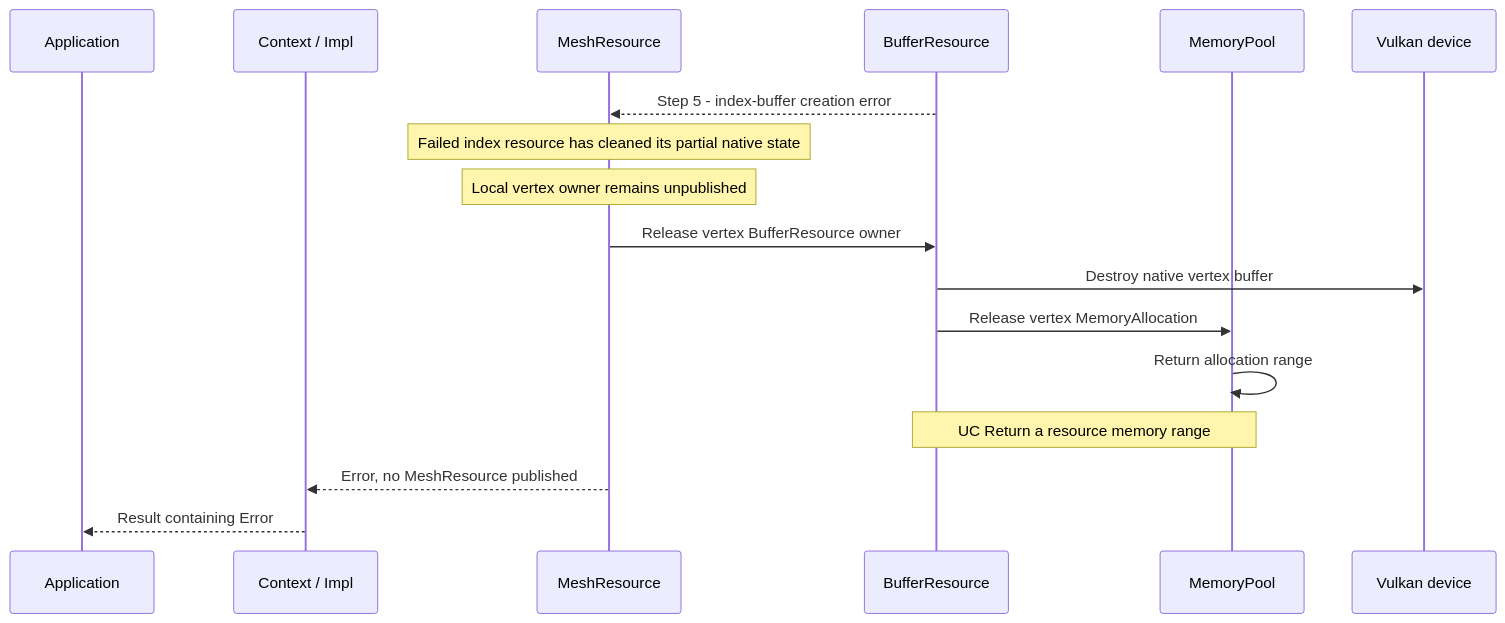
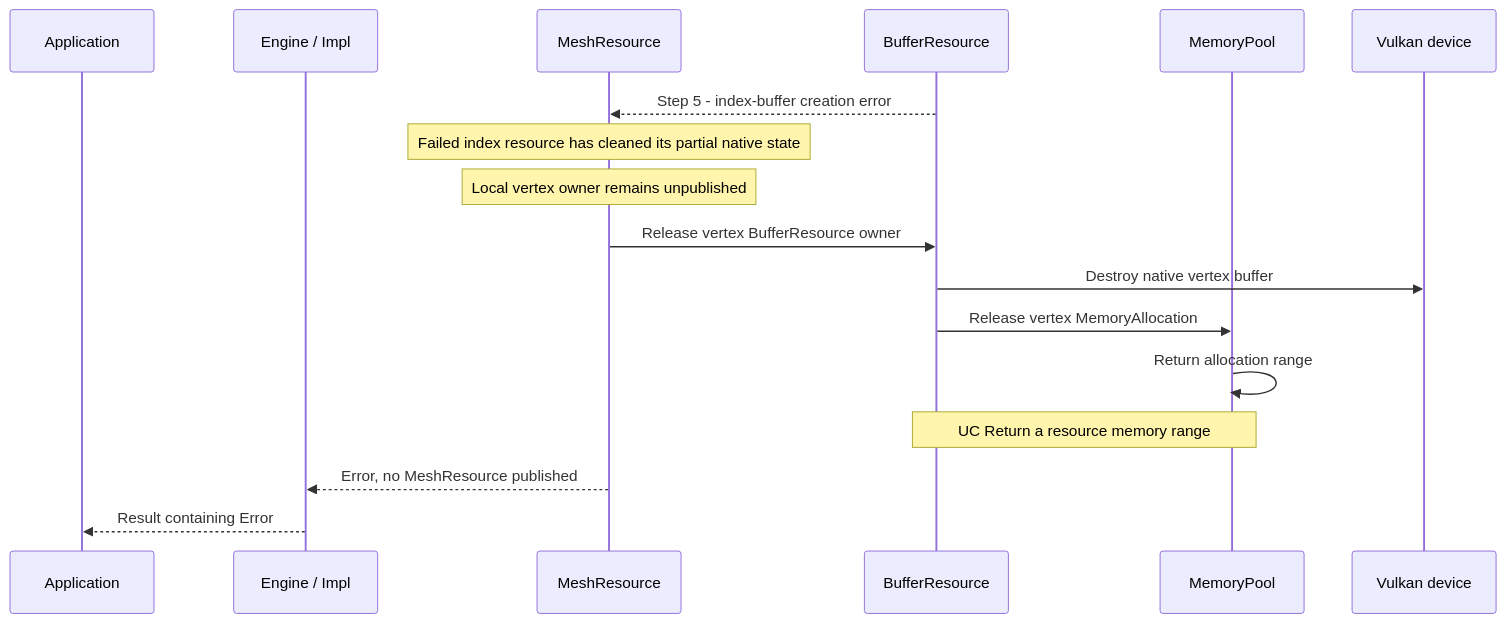
Before and after one commit to a-soltysik/Panda: the second of 2 diagrams in docs/use-cases/create-mesh.md, drawn with Mermaid. The commit also changed other lines of this file and 158 other files, not shown here.

Commit message:
Refactor Vulkan Context API to Engine (#120)

````diff
--- a/docs/use-cases/create-mesh.md
+++ b/docs/use-cases/create-mesh.md
@@ -151,19 +151,19 @@
 ```mermaid
 sequenceDiagram
     participant A as Application
-    participant C as Context / Impl
+    participant C as Engine / Impl
     participant M as MeshResource
     participant B as BufferResource
     participant P as MemoryPool
     participant V as Vulkan device
     B -->> M: Step 5 - index-buffer creation error
     Note over M: Failed index resource has cleaned its partial native state
     Note over M: Local vertex owner remains unpublished
     M ->> B: Release vertex BufferResource owner
     B ->> V: Destroy native vertex buffer
     B ->> P: Release vertex MemoryAllocation
     P ->> P: Return allocation range
     Note over B,P: UC Return a resource memory range
     M -->> C: Error, no MeshResource published
     C -->> A: Result containing Error
 ```
````
